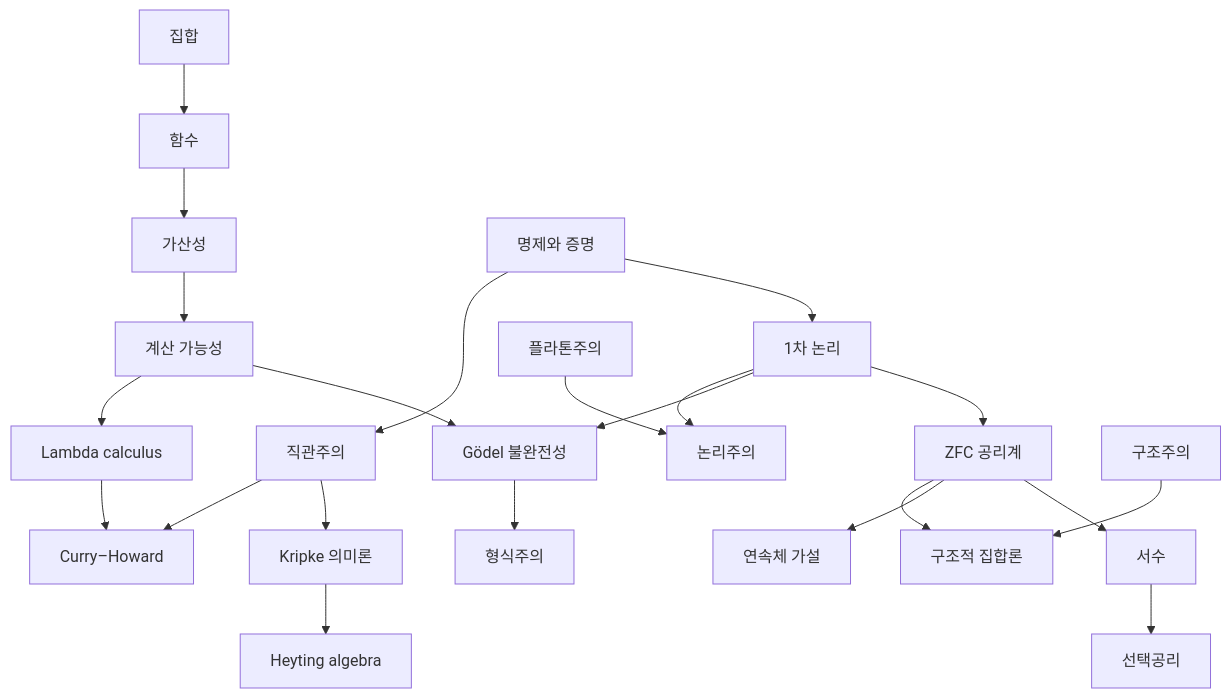
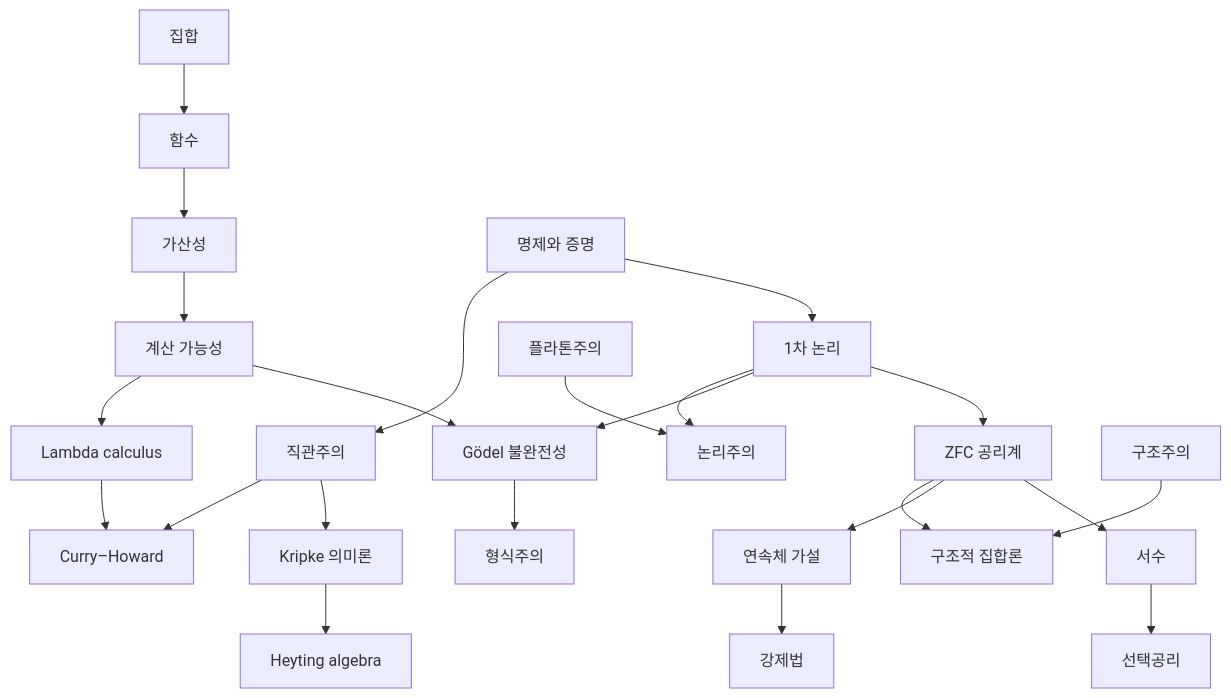
The diagram in docs/foundations-overview.md (Phryxia/math-map), drawn with Mermaid before and after one commit. The commit also changed other lines of this file and 3 other files, not shown here.

````diff
--- a/docs/foundations-overview.md
+++ b/docs/foundations-overview.md
@@ -11,14 +11,14 @@
 ```mermaid
 graph TD
   S["집합"] --> F["함수"] --> CD["가산성"] --> CM["계산 가능성"] --> GD["Gödel 불완전성"]
   P["명제와 증명"] --> FOL["1차 논리"] --> ZFC["ZFC 공리계"] --> OR["서수"] --> AC["선택공리"]
-  ZFC --> CH["연속체 가설"]
+  ZFC --> CH["연속체 가설"] --> FC["강제법"]
   FOL --> GD --> FM["형식주의"]
   FOL --> LG["논리주의"]
   PL["플라톤주의"] --> LG
   P --> IN["직관주의"] --> KR["Kripke 의미론"] --> HA["Heyting algebra"]
   IN --> CH2["Curry–Howard"]
   CM --> LC["Lambda calculus"] --> CH2
   ST["구조주의"] --> SST["구조적 집합론"]
   ZFC --> SST
 ```
````
